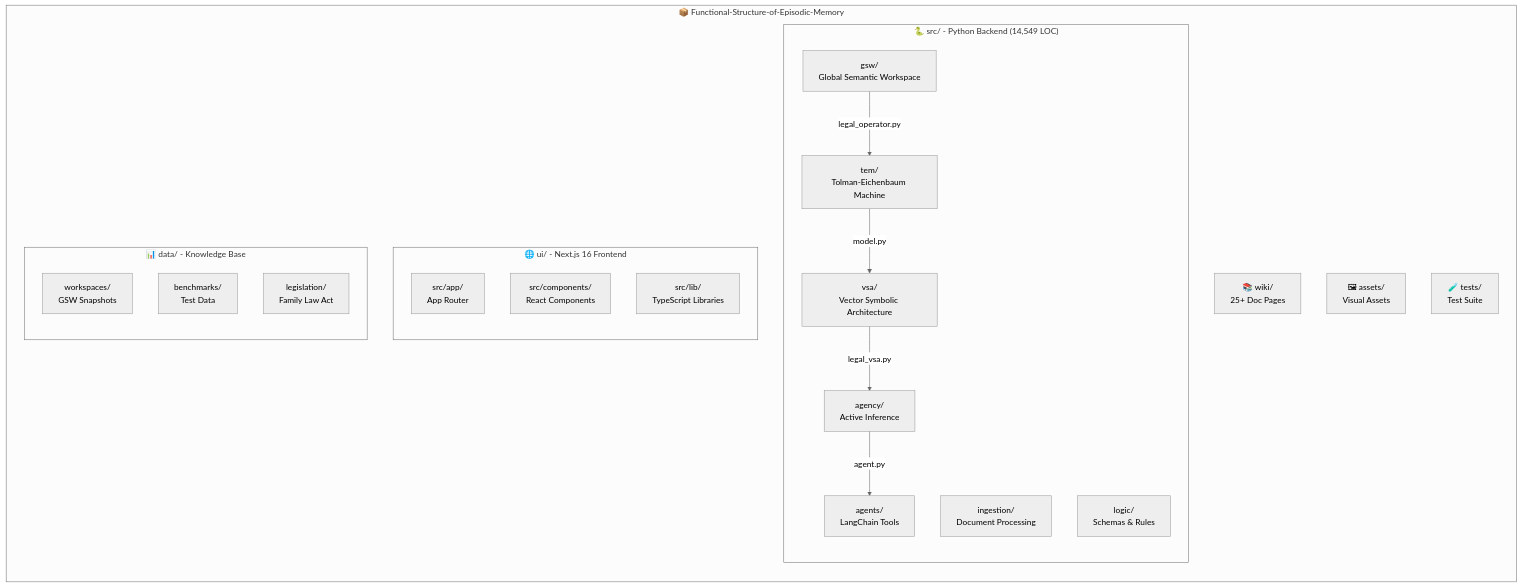
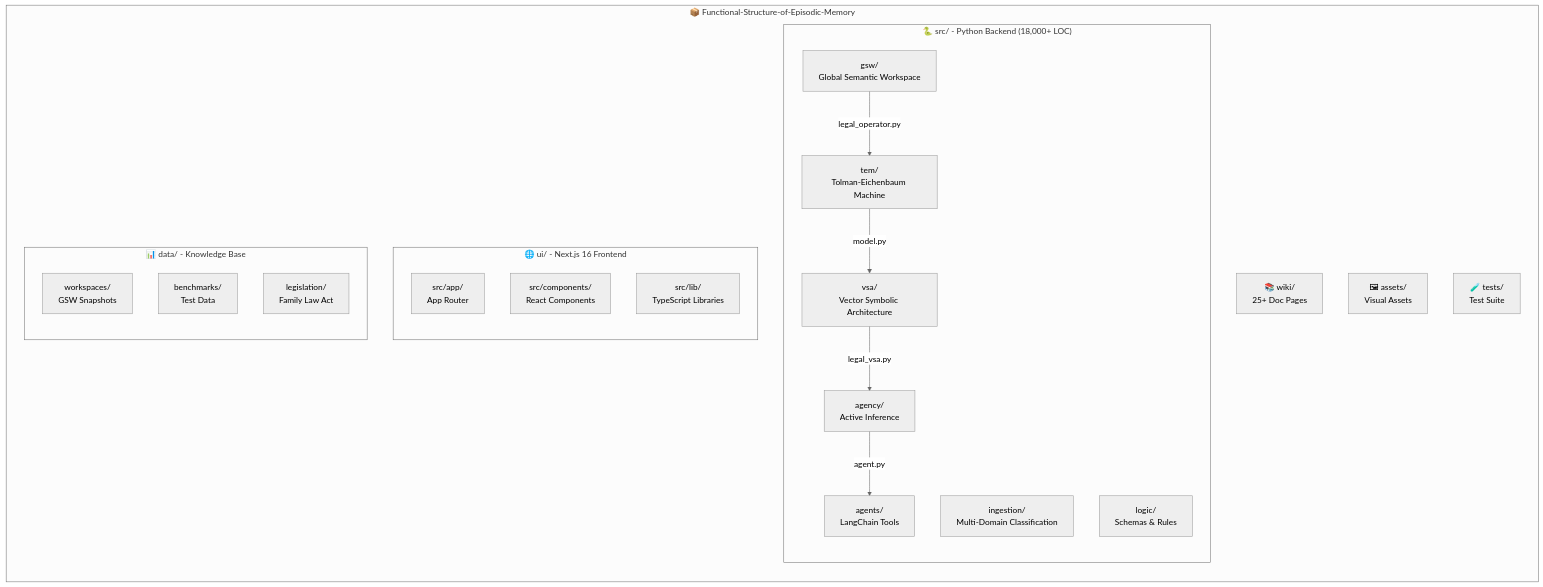
One commit to Verridian-ai/Functional-Structure-of-Episodic-Memory changed diagram 18 of 18 in README.md. Above: the diagram before and after it, drawn with Mermaid (neutral theme). The commit also changed other lines of this file and 24 other files, not shown here.

First line of the commit message:
feat: Complete classification system overhaul with multi-domain support

````diff
--- a/README.md
+++ b/README.md
@@ -1459,40 +1782,40 @@
 ```mermaid
 graph TB
     subgraph Root["📦 Functional-Structure-of-Episodic-Memory"]
         direction TB
 
-        subgraph Backend["🐍 src/ - Python Backend (14,549 LOC)"]
+        subgraph Backend["🐍 src/ - Python Backend (18,000+ LOC)"]
             direction TB
             GSW[gsw/<br/>Global Semantic Workspace]
             TEM[tem/<br/>Tolman-Eichenbaum Machine]
             VSA_DIR[vsa/<br/>Vector Symbolic Architecture]
             AGENCY[agency/<br/>Active Inference]
             AGENTS[agents/<br/>LangChain Tools]
-            INGEST[ingestion/<br/>Document Processing]
+            INGEST[ingestion/<br/>Multi-Domain Classification]
             LOGIC[logic/<br/>Schemas & Rules]
         end
 
         subgraph Frontend["🌐 ui/ - Next.js 16 Frontend"]
             direction TB
             APP[src/app/<br/>App Router]
             COMP[src/components/<br/>React Components]
             LIB[src/lib/<br/>TypeScript Libraries]
         end
 
         subgraph Data["📊 data/ - Knowledge Base"]
             direction TB
             WS[workspaces/<br/>GSW Snapshots]
             BENCH[benchmarks/<br/>Test Data]
             LEG[legislation/<br/>Family Law Act]
         end
 
         WIKI[📚 wiki/<br/>25+ Doc Pages]
         ASSETS[🖼 assets/<br/>Visual Assets]
         TESTS[🧪 tests/<br/>Test Suite]
     end
 
     GSW --> |legal_operator.py| TEM
     TEM --> |model.py| VSA_DIR
     VSA_DIR --> |legal_vsa.py| AGENCY
     AGENCY --> |agent.py| AGENTS
 ```
````
